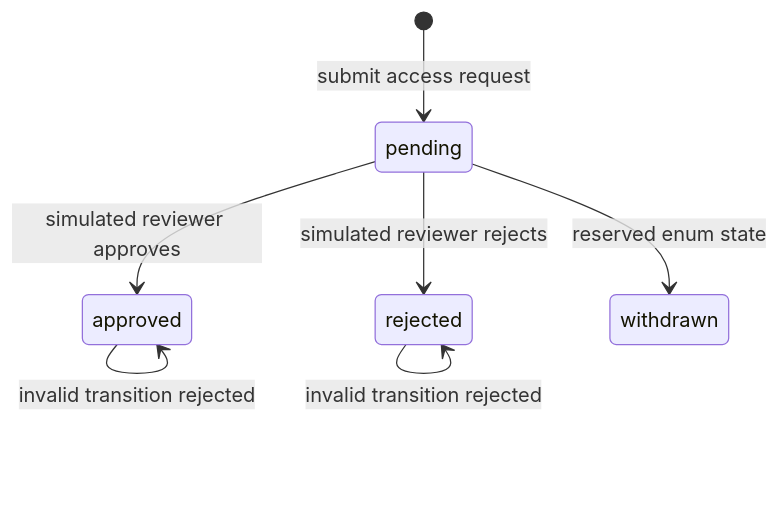
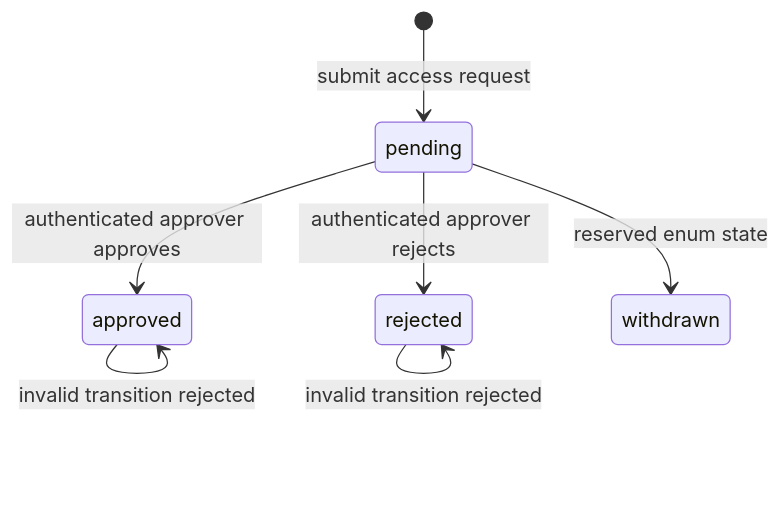
Before and after one commit to Ibraheemolasupogit/devsecops-application-security-pipeline: the second of 2 diagrams in README.md, drawn with Mermaid. The commit also changed other lines of this file and 76 other files, not shown here.

````diff
--- a/README.md
+++ b/README.md
@@ -84,9 +102,9 @@
 ```mermaid
 stateDiagram-v2
     [*] --> pending: submit access request
-    pending --> approved: simulated reviewer approves
-    pending --> rejected: simulated reviewer rejects
+    pending --> approved: authenticated approver approves
+    pending --> rejected: authenticated approver rejects
     pending --> withdrawn: reserved enum state
     approved --> approved: invalid transition rejected
     rejected --> rejected: invalid transition rejected
 ```
````
